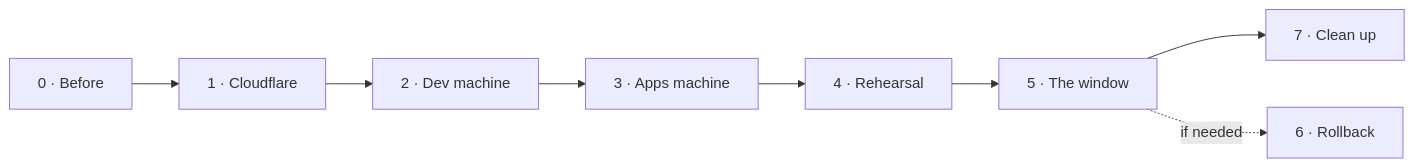
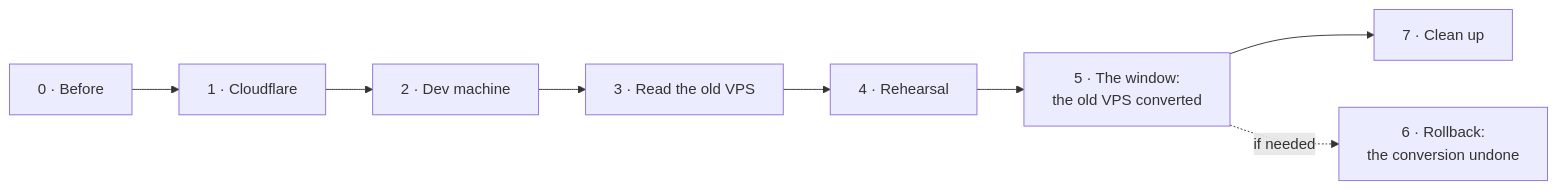
One commit to artur-rios/yggdrasil changed the diagram in docs/cutover.md. Above: the diagram before and after it, drawn with Mermaid. The commit also changed other lines of this file and 1 other file, not shown here.

First line of the commit message:
docs: convert the old vps in place at cutover

````diff
--- a/docs/cutover.md
+++ b/docs/cutover.md
@@ -18,6 +20,6 @@
 ```mermaid
 flowchart LR
-    S0[0 · Before] --> S1[1 · Cloudflare] --> S2[2 · Dev machine] --> S3[3 · Apps machine] --> S4[4 · Rehearsal]
-    S4 --> S5[5 · The window] --> S7[7 · Clean up]
-    S5 -. if needed .-> S6[6 · Rollback]
+    S0[0 · Before] --> S1[1 · Cloudflare] --> S2[2 · Dev machine] --> S3[3 · Read the old VPS] --> S4[4 · Rehearsal]
+    S4 --> S5[5 · The window:<br/>the old VPS converted] --> S7[7 · Clean up]
+    S5 -. if needed .-> S6[6 · Rollback:<br/>the conversion undone]
 ```
````
